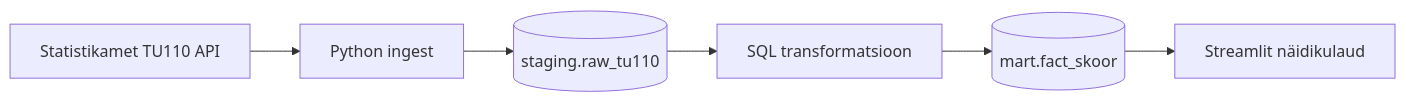
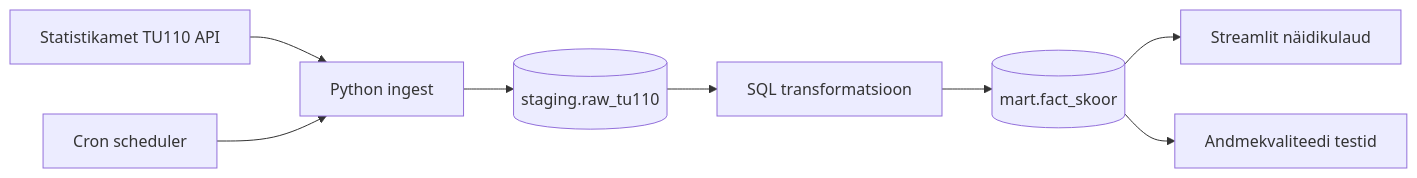
Before and after one commit to eriktarelkin/ut-andmeinseneeria-projekt: the diagram in README.md, drawn with Mermaid. The commit also changed other lines of this file and 2 other files, not shown here.

````diff
--- a/README.md
+++ b/README.md
@@ -15,8 +29,10 @@
 ```mermaid
 flowchart LR
     A[Statistikamet TU110 API] --> B[Python ingest]
     B --> C[(staging.raw_tu110)]
     C --> D[SQL transformatsioon]
     D --> E[(mart.fact_skoor)]
     E --> F[Streamlit näidikulaud]
+    E --> G[Andmekvaliteedi testid]
+    H[Cron scheduler] --> B
 ```
````
